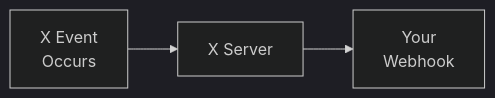
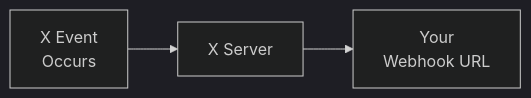
One commit to xdevplatform/docs changed the diagram in x-api/webhooks/introduction.mdx. Above: the diagram before and after it, drawn with Mermaid (dark theme). The commit also changed other lines of this file and 2 other files, not shown here.

````diff
--- a/x-api/webhooks/introduction.mdx
+++ b/x-api/webhooks/introduction.mdx
@@ -42,4 +44,4 @@
 ```mermaid actions={false}
 flowchart LR
-    A["X Event<br/>Occurs"] --> B["X Server"] --> C["Your<br/>Webhook"]
+    A["X Event<br/>Occurs"] --> B["X Server"] --> C["Your<br/>Webhook URL"]
 ```
````
